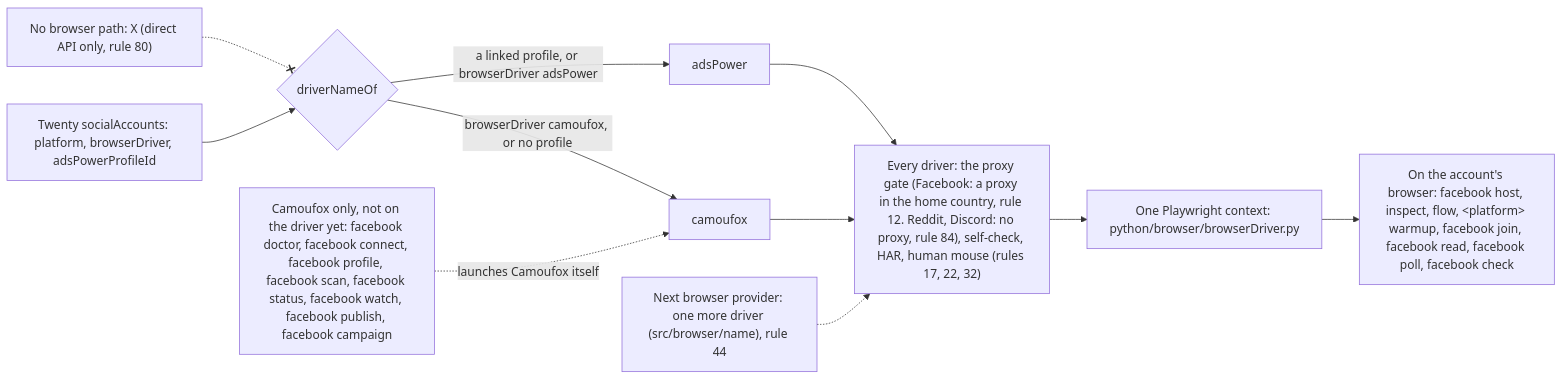
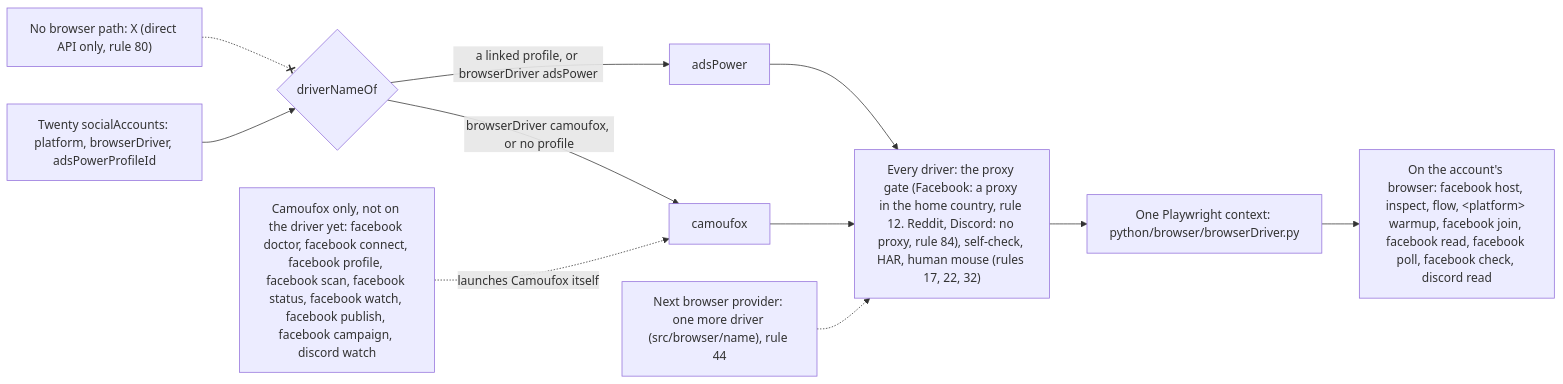
Before and after one commit to matthewdonsemail-lab/log: the second of 6 diagrams in README.md, drawn with Mermaid. The commit also changed other lines of this file and 19 other files, not shown here.

Commit message:
feat(discord): read and watch on endcord, and new Discord messages pushed to the inbox hook

````diff
--- a/README.md
+++ b/README.md
@@ -170,19 +170,19 @@
 ```mermaid
 flowchart LR
   twenty["Twenty socialAccounts: platform, browserDriver, adsPowerProfileId"]
   pick{"driverNameOf"}
   gates["Every driver: the proxy gate (Facebook: a proxy in the home country, rule 12. Reddit, Discord: no proxy, rule 84), self-check, HAR, human mouse (rules 17, 22, 32)"]
   session["One Playwright context: python/browser/browserDriver.py"]
   twenty --> pick
   pick -->|"browserDriver camoufox, or no profile"| d_camoufox["camoufox"]
   pick -->|"a linked profile, or browserDriver adsPower"| d_adsPower["adsPower"]
   d_camoufox --> gates
   d_adsPower --> gates
   more["Next browser provider: one more driver (src/browser/name), rule 44"] -.-> gates
   gates --> session
-  account["On the account's browser: facebook host, inspect, flow, #lt;platform#gt; warmup, facebook join, facebook read, facebook poll, facebook check"]
-  camoufox["Camoufox only, not on the driver yet: facebook doctor, facebook connect, facebook profile, facebook scan, facebook status, facebook watch, facebook publish, facebook campaign"]
+  account["On the account's browser: facebook host, inspect, flow, #lt;platform#gt; warmup, facebook join, facebook read, facebook poll, facebook check, discord read"]
+  camoufox["Camoufox only, not on the driver yet: facebook doctor, facebook connect, facebook profile, facebook scan, facebook status, facebook watch, facebook publish, facebook campaign, discord watch"]
   session --> account
   camoufox -.->|"launches Camoufox itself"| d_camoufox
   nobrowser["No browser path: X (direct API only, rule 80)"] -.-x pick
 ```
````
